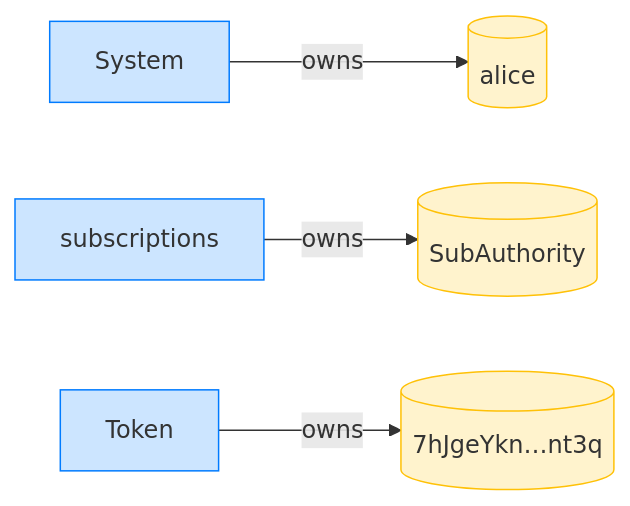
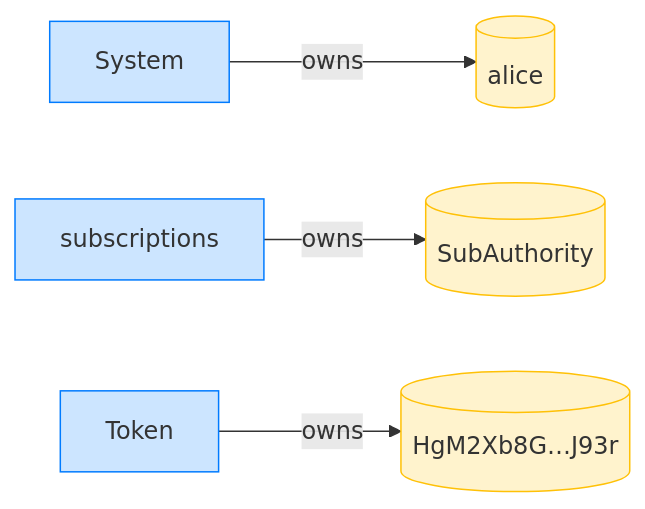
Diagram 12 of 12 in dsl_tests/subscribe-rejects-a-mint-mismatch.md (cds-rs/subscriptions), drawn with Mermaid before and after one commit. The commit also changed other lines of this file and 224 other files, not shown here.

````diff
--- a/dsl_tests/subscribe-rejects-a-mint-mismatch.md
+++ b/dsl_tests/subscribe-rejects-a-mint-mismatch.md
@@ -225,14 +238,14 @@
 ```mermaid
 flowchart LR
     classDef owner fill:#cce5ff,stroke:#007bff;
     classDef account fill:#fff3cd,stroke:#ffc107;
     System[System]:::owner
     alice[(alice)]:::account
     subscriptions[subscriptions]:::owner
     SubAuthority[(SubAuthority)]:::account
     Token[Token]:::owner
-    7hJgeYkn_nt3q[("7hJgeYkn…nt3q")]:::account
+    HgM2Xb8G_J93r[("HgM2Xb8G…J93r")]:::account
     System -->|owns| alice
     subscriptions -->|owns| SubAuthority
-    Token -->|owns| 7hJgeYkn_nt3q
+    Token -->|owns| HgM2Xb8G_J93r
 ```
````
